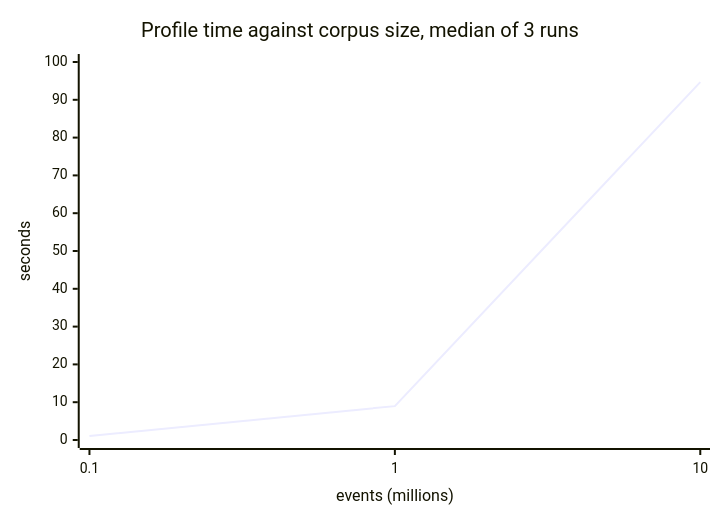
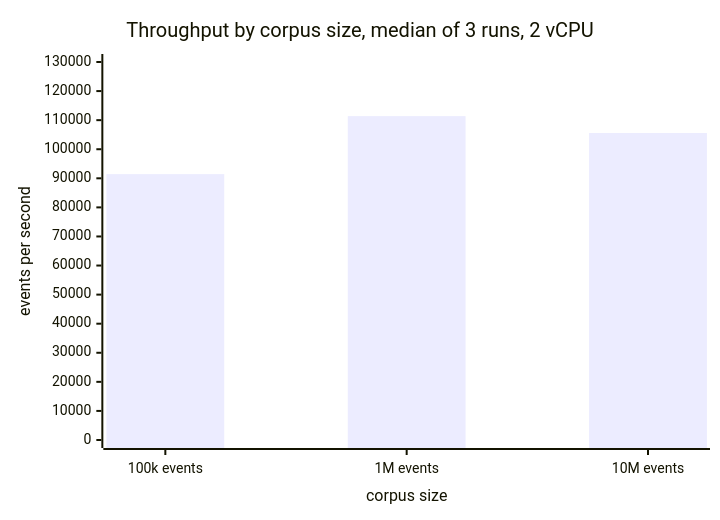
The second of 2 diagrams in README.md (nilay-dave/detection-coverage-audit), drawn with Mermaid before and after one commit. The commit also changed other lines of this file, not shown here.

Commit message:
docs(readme): chart throughput rather than runtime under load
The runtime chart showed linear scaling, which nobody doubts. The claim the
section actually makes is that throughput stays flat across two orders of
magnitude, so the chart now shows that directly.

````diff
--- a/README.md
+++ b/README.md
@@ -128,7 +132,7 @@
 ```mermaid
 xychart-beta
-  title "Profile time against corpus size, median of 3 runs"
-  x-axis "events (millions)" [0.1, 1, 10]
-  y-axis "seconds" 0 --> 100
-  line [1.08, 8.96, 94.68]
+  title "Throughput by corpus size, median of 3 runs, 2 vCPU"
+  x-axis "corpus size" ["100k events", "1M events", "10M events"]
+  y-axis "events per second" 0 --> 130000
+  bar [91433, 111378, 105597]
 ```
````
